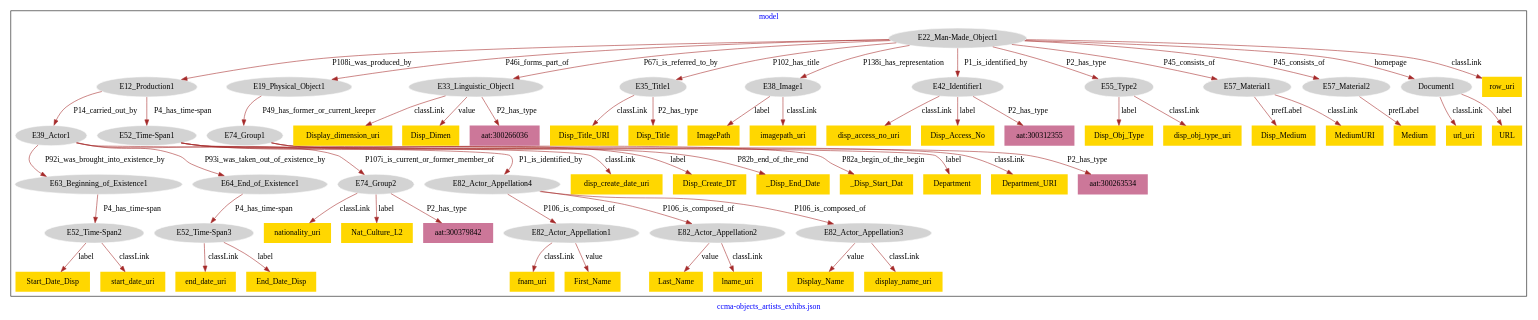
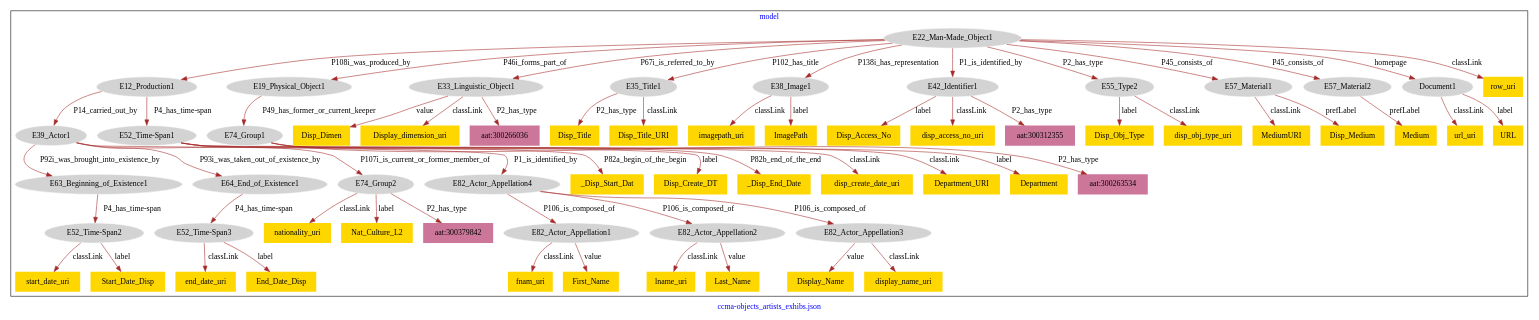
Before and after one commit to american-art/ccma: the diagram in ccmadata/ccma-museum-model.dot, drawn with Graphviz.

Commit message:
Update file ccma-museum-model.dot

```diff
--- a/ccmadata/ccma-museum-model.dot
+++ b/ccmadata/ccma-museum-model.dot
@@ -1,129 +1,129 @@
 digraph n0 {
 fontcolor="blue"
 remincross="true"
 label="ccma-objects_artists_exhibs.json"
 subgraph cluster {
 label="model"
 n2[style="filled",color="white",fillcolor="lightgray",label="E12_Production1"];
 n3[style="filled",color="white",fillcolor="lightgray",label="E39_Actor1"];
 n4[style="filled",color="white",fillcolor="lightgray",label="E52_Time-Span1"];
 n5[style="filled",color="white",fillcolor="lightgray",label="E19_Physical_Object1"];
 n6[style="filled",color="white",fillcolor="lightgray",label="E74_Group1"];
 n7[style="filled",color="white",fillcolor="lightgray",label="E22_Man-Made_Object1"];
 n8[style="filled",color="white",fillcolor="lightgray",label="E33_Linguistic_Object1"];
 n9[style="filled",color="white",fillcolor="lightgray",label="E35_Title1"];
 n10[style="filled",color="white",fillcolor="lightgray",label="E38_Image1"];
 n11[style="filled",color="white",fillcolor="lightgray",label="E42_Identifier1"];
 n12[style="filled",color="white",fillcolor="lightgray",label="E55_Type2"];
 n13[style="filled",color="white",fillcolor="lightgray",label="E57_Material1"];
 n14[style="filled",color="white",fillcolor="lightgray",label="E57_Material2"];
 n15[style="filled",color="white",fillcolor="lightgray",label="Document1"];
 n16[style="filled",color="white",fillcolor="lightgray",label="E63_Beginning_of_Existence1"];
 n17[style="filled",color="white",fillcolor="lightgray",label="E64_End_of_Existence1"];
 n18[style="filled",color="white",fillcolor="lightgray",label="E74_Group2"];
 n19[style="filled",color="white",fillcolor="lightgray",label="E82_Actor_Appellation4"];
 n20[style="filled",color="white",fillcolor="lightgray",label="E52_Time-Span2"];
 n21[style="filled",color="white",fillcolor="lightgray",label="E52_Time-Span3"];
 n22[style="filled",color="white",fillcolor="lightgray",label="E82_Actor_Appellation1"];
 n23[style="filled",color="white",fillcolor="lightgray",label="E82_Actor_Appellation2"];
 n24[style="filled",color="white",fillcolor="lightgray",label="E82_Actor_Appellation3"];
-n25[shape="plaintext",style="filled",fillcolor="gold",label="Disp_Title_URI"];
-n26[shape="plaintext",style="filled",fillcolor="gold",label="Disp_Obj_Type"];
-n27[shape="plaintext",style="filled",fillcolor="gold",label="disp_create_date_uri"];
-n28[shape="plaintext",style="filled",fillcolor="gold",label="disp_access_no_uri"];
+n25[shape="plaintext",style="filled",fillcolor="gold",label="Disp_Title"];
+n26[shape="plaintext",style="filled",fillcolor="gold",label="_Disp_Start_Dat"];
+n27[shape="plaintext",style="filled",fillcolor="gold",label="Display_Name"];
+n28[shape="plaintext",style="filled",fillcolor="gold",label="Disp_Access_No"];
 n29[shape="plaintext",style="filled",fillcolor="gold",label="Medium"];
-n30[shape="plaintext",style="filled",fillcolor="gold",label="ImagePath"];
-n31[shape="plaintext",style="filled",fillcolor="gold",label="Disp_Create_DT"];
-n32[shape="plaintext",style="filled",fillcolor="gold",label="Disp_Medium"];
-n33[shape="plaintext",style="filled",fillcolor="gold",label="_Disp_End_Date"];
-n34[shape="plaintext",style="filled",fillcolor="gold",label="nationality_uri"];
-n35[shape="plaintext",style="filled",fillcolor="gold",label="fnam_uri"];
-n36[shape="plaintext",style="filled",fillcolor="gold",label="First_Name"];
-n37[shape="plaintext",style="filled",fillcolor="gold",label="Start_Date_Disp"];
-n38[shape="plaintext",style="filled",fillcolor="gold",label="Disp_Title"];
-n39[shape="plaintext",style="filled",fillcolor="gold",label="_Disp_Start_Dat"];
-n40[shape="plaintext",style="filled",fillcolor="gold",label="Display_Name"];
-n41[shape="plaintext",style="filled",fillcolor="gold",label="MediumURI"];
-n42[shape="plaintext",style="filled",fillcolor="gold",label="Disp_Access_No"];
-n43[shape="plaintext",style="filled",fillcolor="gold",label="Last_Name"];
-n44[shape="plaintext",style="filled",fillcolor="gold",label="url_uri"];
+n30[shape="plaintext",style="filled",fillcolor="gold",label="start_date_uri"];
+n31[shape="plaintext",style="filled",fillcolor="gold",label="Disp_Dimen"];
+n32[shape="plaintext",style="filled",fillcolor="gold",label="display_name_uri"];
+n33[shape="plaintext",style="filled",fillcolor="gold",label="end_date_uri"];
+n34[shape="plaintext",style="filled",fillcolor="gold",label="lname_uri"];
+n35[shape="plaintext",style="filled",fillcolor="gold",label="row_uri"];
+n36[shape="plaintext",style="filled",fillcolor="gold",label="Disp_Create_DT"];
+n37[shape="plaintext",style="filled",fillcolor="gold",label="MediumURI"];
+n38[shape="plaintext",style="filled",fillcolor="gold",label="nationality_uri"];
+n39[shape="plaintext",style="filled",fillcolor="gold",label="Disp_Medium"];
+n40[shape="plaintext",style="filled",fillcolor="gold",label="Nat_Culture_L2"];
+n41[shape="plaintext",style="filled",fillcolor="gold",label="End_Date_Disp"];
+n42[shape="plaintext",style="filled",fillcolor="gold",label="Disp_Title_URI"];
+n43[shape="plaintext",style="filled",fillcolor="gold",label="Disp_Obj_Type"];
+n44[shape="plaintext",style="filled",fillcolor="gold",label="Department_URI"];
 n45[shape="plaintext",style="filled",fillcolor="gold",label="Display_dimension_uri"];
-n46[shape="plaintext",style="filled",fillcolor="gold",label="disp_obj_type_uri"];
-n47[shape="plaintext",style="filled",fillcolor="gold",label="Department"];
-n48[shape="plaintext",style="filled",fillcolor="gold",label="URL"];
-n49[shape="plaintext",style="filled",fillcolor="gold",label="start_date_uri"];
-n50[shape="plaintext",style="filled",fillcolor="gold",label="end_date_uri"];
-n51[shape="plaintext",style="filled",fillcolor="gold",label="lname_uri"];
-n52[shape="plaintext",style="filled",fillcolor="gold",label="row_uri"];
-n53[shape="plaintext",style="filled",fillcolor="gold",label="Department_URI"];
-n54[shape="plaintext",style="filled",fillcolor="gold",label="imagepath_uri"];
-n55[shape="plaintext",style="filled",fillcolor="gold",label="Disp_Dimen"];
-n56[shape="plaintext",style="filled",fillcolor="gold",label="Nat_Culture_L2"];
-n57[shape="plaintext",style="filled",fillcolor="gold",label="display_name_uri"];
-n58[shape="plaintext",style="filled",fillcolor="gold",label="End_Date_Disp"];
+n46[shape="plaintext",style="filled",fillcolor="gold",label="disp_access_no_uri"];
+n47[shape="plaintext",style="filled",fillcolor="gold",label="imagepath_uri"];
+n48[shape="plaintext",style="filled",fillcolor="gold",label="ImagePath"];
+n49[shape="plaintext",style="filled",fillcolor="gold",label="disp_obj_type_uri"];
+n50[shape="plaintext",style="filled",fillcolor="gold",label="url_uri"];
+n51[shape="plaintext",style="filled",fillcolor="gold",label="Department"];
+n52[shape="plaintext",style="filled",fillcolor="gold",label="_Disp_End_Date"];
+n53[shape="plaintext",style="filled",fillcolor="gold",label="Last_Name"];
+n54[shape="plaintext",style="filled",fillcolor="gold",label="fnam_uri"];
+n55[shape="plaintext",style="filled",fillcolor="gold",label="URL"];
+n56[shape="plaintext",style="filled",fillcolor="gold",label="First_Name"];
+n57[shape="plaintext",style="filled",fillcolor="gold",label="disp_create_date_uri"];
+n58[shape="plaintext",style="filled",fillcolor="gold",label="Start_Date_Disp"];
 n59[shape="plaintext",style="filled",fillcolor="#CC7799",label="aat:300379842"];
 n60[shape="plaintext",style="filled",fillcolor="#CC7799",label="aat:300263534"];
 n61[shape="plaintext",style="filled",fillcolor="#CC7799",label="aat:300312355"];
 n62[shape="plaintext",style="filled",fillcolor="#CC7799",label="aat:300266036"];
 }
 n2 -> n3[color="brown",fontcolor="black",label="P14_carried_out_by"]
 n2 -> n4[color="brown",fontcolor="black",label="P4_has_time-span"]
 n5 -> n6[color="brown",fontcolor="black",label="P49_has_former_or_current_keeper"]
 n7 -> n2[color="brown",fontcolor="black",label="P108i_was_produced_by"]
 n7 -> n5[color="brown",fontcolor="black",label="P46i_forms_part_of"]
 n7 -> n8[color="brown",fontcolor="black",label="P67i_is_referred_to_by"]
 n7 -> n9[color="brown",fontcolor="black",label="P102_has_title"]
 n7 -> n10[color="brown",fontcolor="black",label="P138i_has_representation"]
 n7 -> n11[color="brown",fontcolor="black",label="P1_is_identified_by"]
 n7 -> n12[color="brown",fontcolor="black",label="P2_has_type"]
 n7 -> n13[color="brown",fontcolor="black",label="P45_consists_of"]
 n7 -> n14[color="brown",fontcolor="black",label="P45_consists_of"]
 n7 -> n15[color="brown",fontcolor="black",label="homepage"]
 n3 -> n16[color="brown",fontcolor="black",label="P92i_was_brought_into_existence_by"]
 n3 -> n17[color="brown",fontcolor="black",label="P93i_was_taken_out_of_existence_by"]
 n3 -> n18[color="brown",fontcolor="black",label="P107i_is_current_or_former_member_of"]
 n3 -> n19[color="brown",fontcolor="black",label="P1_is_identified_by"]
 n16 -> n20[color="brown",fontcolor="black",label="P4_has_time-span"]
 n17 -> n21[color="brown",fontcolor="black",label="P4_has_time-span"]
 n19 -> n22[color="brown",fontcolor="black",label="P106_is_composed_of"]
 n19 -> n23[color="brown",fontcolor="black",label="P106_is_composed_of"]
 n19 -> n24[color="brown",fontcolor="black",label="P106_is_composed_of"]
-n9 -> n25[color="brown",fontcolor="black",label="classLink"]
-n12 -> n26[color="brown",fontcolor="black",label="label"]
-n4 -> n27[color="brown",fontcolor="black",label="classLink"]
-n11 -> n28[color="brown",fontcolor="black",label="classLink"]
+n9 -> n25[color="brown",fontcolor="black",label="P2_has_type"]
+n4 -> n26[color="brown",fontcolor="black",label="P82a_begin_of_the_begin"]
+n24 -> n27[color="brown",fontcolor="black",label="value"]
+n11 -> n28[color="brown",fontcolor="black",label="label"]
 n14 -> n29[color="brown",fontcolor="black",label="prefLabel"]
-n10 -> n30[color="brown",fontcolor="black",label="label"]
-n4 -> n31[color="brown",fontcolor="black",label="label"]
-n13 -> n32[color="brown",fontcolor="black",label="prefLabel"]
-n4 -> n33[color="brown",fontcolor="black",label="P82b_end_of_the_end"]
-n18 -> n34[color="brown",fontcolor="black",label="classLink"]
-n22 -> n35[color="brown",fontcolor="black",label="classLink"]
-n22 -> n36[color="brown",fontcolor="black",label="value"]
-n20 -> n37[color="brown",fontcolor="black",label="label"]
-n9 -> n38[color="brown",fontcolor="black",label="P2_has_type"]
-n4 -> n39[color="brown",fontcolor="black",label="P82a_begin_of_the_begin"]
-n24 -> n40[color="brown",fontcolor="black",label="value"]
-n13 -> n41[color="brown",fontcolor="black",label="classLink"]
-n11 -> n42[color="brown",fontcolor="black",label="label"]
-n23 -> n43[color="brown",fontcolor="black",label="value"]
-n15 -> n44[color="brown",fontcolor="black",label="classLink"]
+n20 -> n30[color="brown",fontcolor="black",label="classLink"]
+n8 -> n31[color="brown",fontcolor="black",label="value"]
+n24 -> n32[color="brown",fontcolor="black",label="classLink"]
+n21 -> n33[color="brown",fontcolor="black",label="classLink"]
+n23 -> n34[color="brown",fontcolor="black",label="classLink"]
+n7 -> n35[color="brown",fontcolor="black",label="classLink"]
+n4 -> n36[color="brown",fontcolor="black",label="label"]
+n13 -> n37[color="brown",fontcolor="black",label="classLink"]
+n18 -> n38[color="brown",fontcolor="black",label="classLink"]
+n13 -> n39[color="brown",fontcolor="black",label="prefLabel"]
+n18 -> n40[color="brown",fontcolor="black",label="label"]
+n21 -> n41[color="brown",fontcolor="black",label="label"]
+n9 -> n42[color="brown",fontcolor="black",label="classLink"]
+n12 -> n43[color="brown",fontcolor="black",label="label"]
+n6 -> n44[color="brown",fontcolor="black",label="classLink"]
 n8 -> n45[color="brown",fontcolor="black",label="classLink"]
-n12 -> n46[color="brown",fontcolor="black",label="classLink"]
-n6 -> n47[color="brown",fontcolor="black",label="label"]
-n15 -> n48[color="brown",fontcolor="black",label="label"]
-n20 -> n49[color="brown",fontcolor="black",label="classLink"]
-n21 -> n50[color="brown",fontcolor="black",label="classLink"]
-n23 -> n51[color="brown",fontcolor="black",label="classLink"]
-n7 -> n52[color="brown",fontcolor="black",label="classLink"]
-n6 -> n53[color="brown",fontcolor="black",label="classLink"]
-n10 -> n54[color="brown",fontcolor="black",label="classLink"]
-n8 -> n55[color="brown",fontcolor="black",label="value"]
-n18 -> n56[color="brown",fontcolor="black",label="label"]
-n24 -> n57[color="brown",fontcolor="black",label="classLink"]
-n21 -> n58[color="brown",fontcolor="black",label="label"]
+n11 -> n46[color="brown",fontcolor="black",label="classLink"]
+n10 -> n47[color="brown",fontcolor="black",label="classLink"]
+n10 -> n48[color="brown",fontcolor="black",label="label"]
+n12 -> n49[color="brown",fontcolor="black",label="classLink"]
+n15 -> n50[color="brown",fontcolor="black",label="classLink"]
+n6 -> n51[color="brown",fontcolor="black",label="label"]
+n4 -> n52[color="brown",fontcolor="black",label="P82b_end_of_the_end"]
+n23 -> n53[color="brown",fontcolor="black",label="value"]
+n22 -> n54[color="brown",fontcolor="black",label="classLink"]
+n15 -> n55[color="brown",fontcolor="black",label="label"]
+n22 -> n56[color="brown",fontcolor="black",label="value"]
+n4 -> n57[color="brown",fontcolor="black",label="classLink"]
+n20 -> n58[color="brown",fontcolor="black",label="label"]
 n18 -> n59[color="brown",fontcolor="black",label="P2_has_type"]
 n6 -> n60[color="brown",fontcolor="black",label="P2_has_type"]
 n11 -> n61[color="brown",fontcolor="black",label="P2_has_type"]
 n8 -> n62[color="brown",fontcolor="black",label="P2_has_type"]
 }
```
